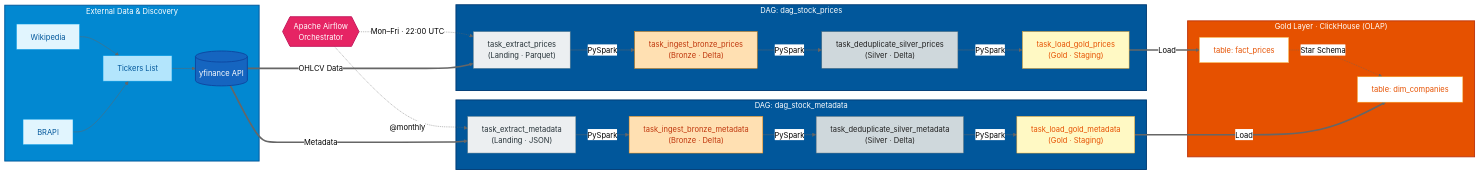
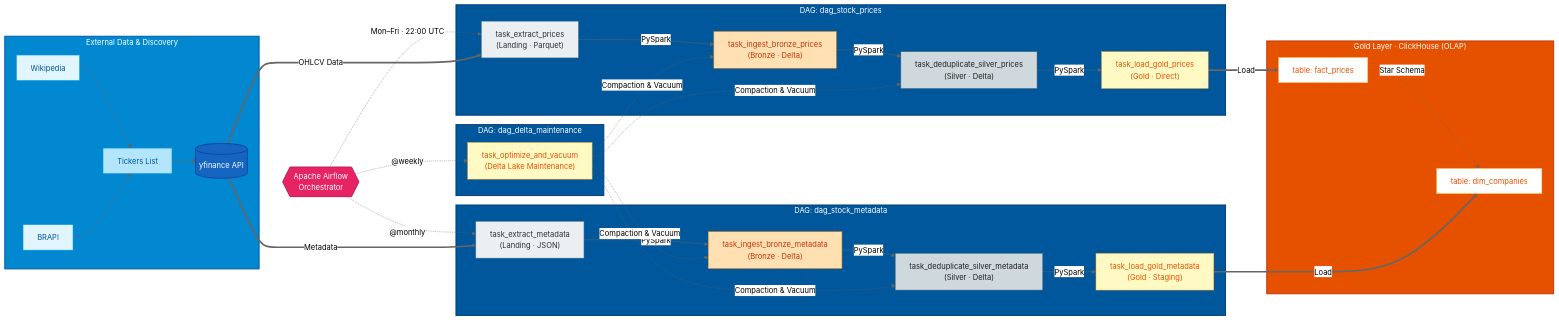
The diagram in README.md (eikesf/stock-market-pipeline), drawn with Mermaid (neutral theme) before and after one commit. The commit also changed other lines of this file and 6 other files, not shown here.

First line of the commit message:
feat(durability): implement delta table maintenance and gold partition-level replacement (#19) (#23)

````diff
--- a/README.md
+++ b/README.md
@@ -57,7 +57,7 @@
         T_EXT_P["task_extract_prices<br/>(Landing · Parquet)"]
         T_BRZ_P["task_ingest_bronze_prices<br/>(Bronze · Delta)"]
         T_SLV_P["task_deduplicate_silver_prices<br/>(Silver · Delta)"]
-        T_GLD_P["task_load_gold_prices<br/>(Gold · Staging)"]
+        T_GLD_P["task_load_gold_prices<br/>(Gold · Direct)"]
 
         T_EXT_P -->|"PySpark"| T_BRZ_P
         T_BRZ_P -->|"PySpark"| T_SLV_P
@@ -76,6 +76,11 @@
         T_SLV_M -->|"PySpark"| T_GLD_M
     end
 
+    %% ── Weekly Maintenance Pipeline ──────────────────────────────
+    subgraph DAG_Maintenance ["DAG: dag_delta_maintenance"]
+        T_MNT["task_optimize_and_vacuum<br/>(Delta Lake Maintenance)"]
+    end
+
     %% ── OLAP Storage ─────────────────────────────────────────────
     subgraph ClickHouse ["Gold Layer  ·  ClickHouse (OLAP)"]
         G_FACT["table: fact_prices"]
@@ -87,6 +92,7 @@
     %% Orchestration (dashed) — schedule on the arrows
     Airflow -.->|"Mon–Fri · 22:00 UTC"| T_EXT_P
     Airflow -.->|"@monthly"| T_EXT_M
+    Airflow -.->|"@weekly"| T_MNT
 
     %% Extraction (bold)
     YF_API ==>|"OHLCV Data"| T_EXT_P
@@ -95,6 +101,12 @@
     %% Loading (bold)
     T_GLD_P ==>|"Load"| G_FACT
     T_GLD_M ==>|"Load"| G_DIM
+
+    %% Maintenance (dashed)
+    T_MNT -.->|"Compaction & Vacuum"| T_BRZ_P
+    T_MNT -.->|"Compaction & Vacuum"| T_BRZ_M
+    T_MNT -.->|"Compaction & Vacuum"| T_SLV_P
+    T_MNT -.->|"Compaction & Vacuum"| T_SLV_M
 
     %% ── Class Definitions ────────────────────────────────────────
     classDef orchestrator fill:#e62464,stroke:#c2185b,stroke-width:2px,color:#fff
@@ -118,9 +130,9 @@
     class T_EXT_P,T_EXT_M landing
     class T_BRZ_P,T_BRZ_M bronze
     class T_SLV_P,T_SLV_M silver
-    class T_GLD_P,T_GLD_M gold
+    class T_GLD_P,T_GLD_M,T_MNT gold
     class Sources sourceBox
-    class DAG_Prices,DAG_Metadata dagBox
+    class DAG_Prices,DAG_Metadata,DAG_Maintenance dagBox
     class ClickHouse olapBox
     class G_FACT,G_DIM olapTable
 ```
````
